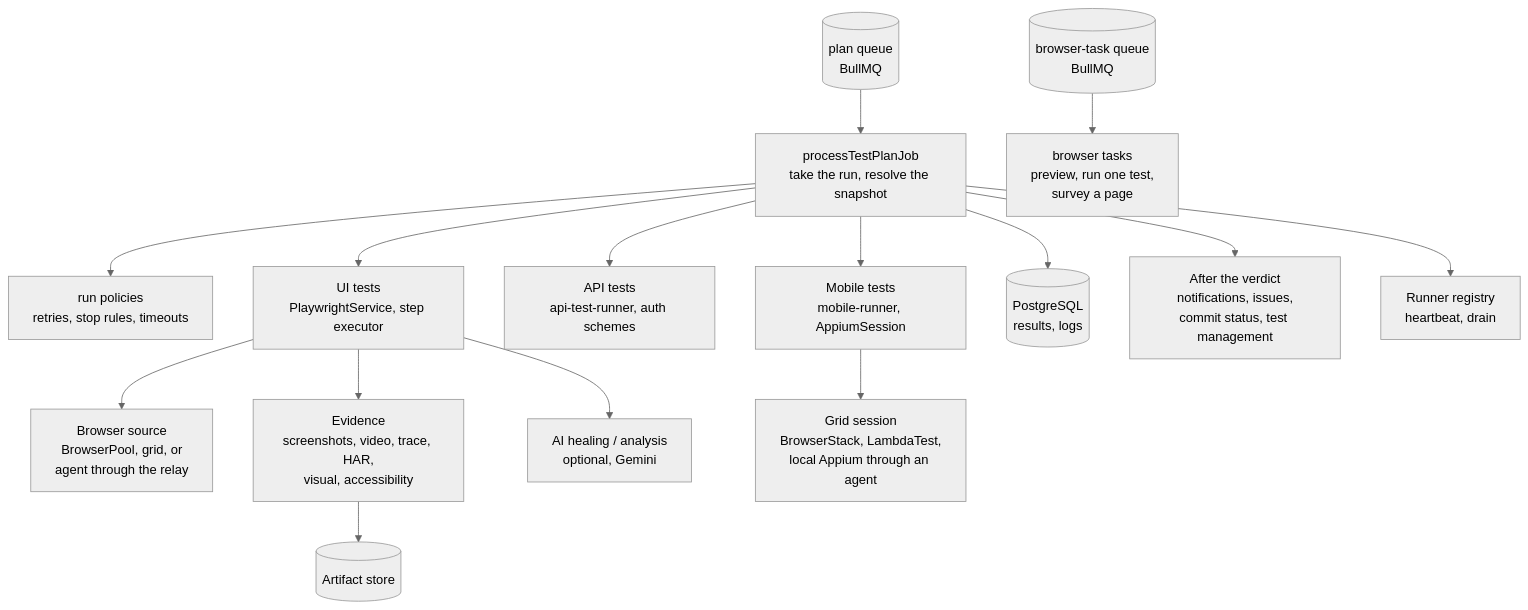
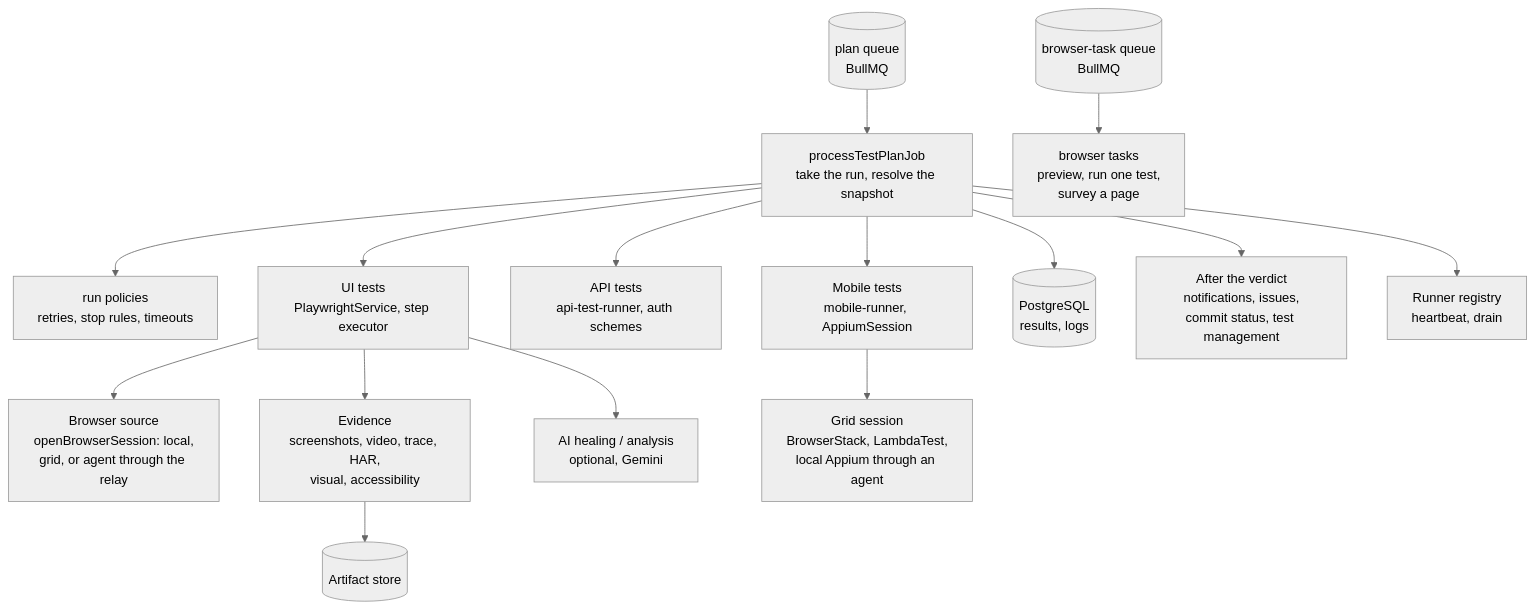
The fourth of 6 diagrams in docs/en/internals/system-architecture.md (Markg981/WebFlowMaster), drawn with Mermaid (neutral theme) before and after one commit. The commit also changed other lines of this file and 17 other files, not shown here.

````diff
--- a/docs/en/internals/system-architecture.md
+++ b/docs/en/internals/system-architecture.md
@@ -153,17 +153,17 @@
 ```mermaid
 flowchart TB
   Q1[("plan queue<br/>BullMQ")] --> PJ["processTestPlanJob<br/>take the run, resolve the snapshot"]
   Q2[("browser-task queue<br/>BullMQ")] --> BT["browser tasks<br/>preview, run one test,<br/>survey a page"]
   PJ --> RP["run policies<br/>retries, stop rules, timeouts"]
   PJ --> UI["UI tests<br/>PlaywrightService, step executor"]
   PJ --> API["API tests<br/>api-test-runner, auth schemes"]
   PJ --> MOBR["Mobile tests<br/>mobile-runner, AppiumSession"]
-  UI --> BP["Browser source<br/>BrowserPool, grid, or<br/>agent through the relay"]
+  UI --> BP["Browser source<br/>openBrowserSession: local,<br/>grid, or agent through the relay"]
   MOBR --> GRIDS["Grid session<br/>BrowserStack, LambdaTest,<br/>local Appium through an agent"]
   UI --> EV["Evidence<br/>screenshots, video, trace, HAR,<br/>visual, accessibility"]
   EV --> ART[("Artifact store")]
   PJ --> RES[("PostgreSQL<br/>results, logs")]
   PJ --> FIN["After the verdict<br/>notifications, issues,<br/>commit status, test management"]
   PJ --> HB["Runner registry<br/>heartbeat, drain"]
   UI --> HEAL["AI healing / analysis<br/>optional, Gemini"]
 ```
````
